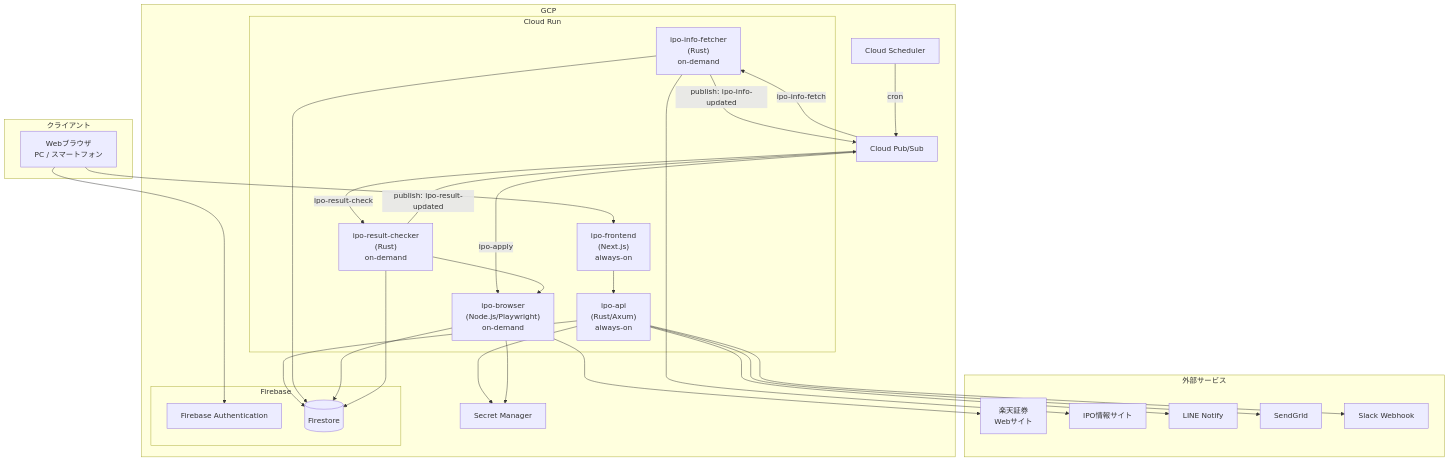
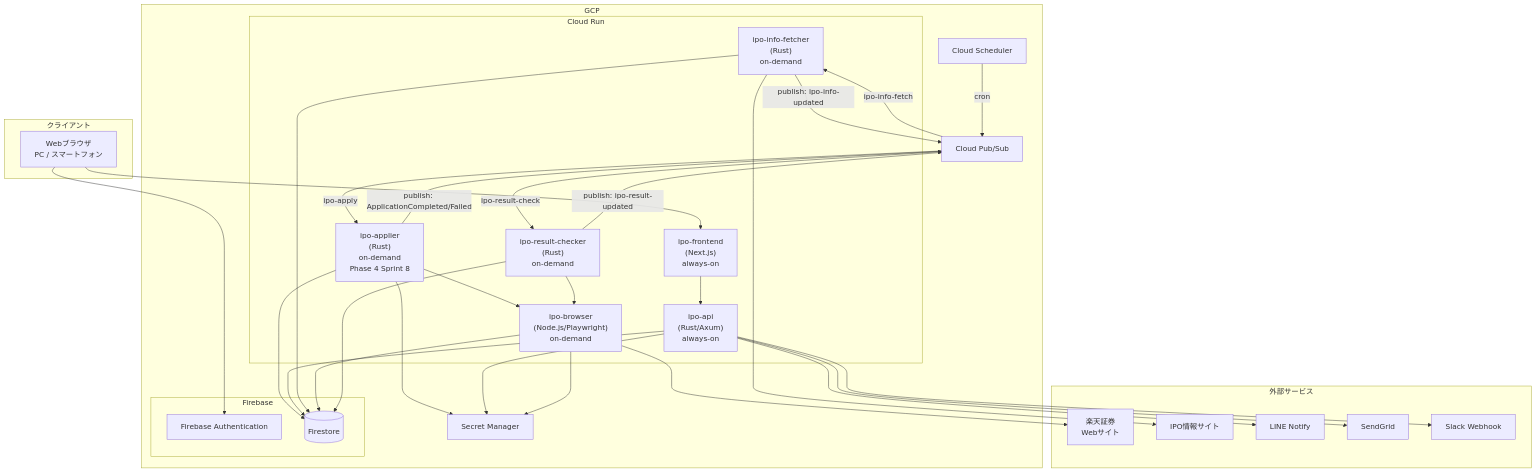
Before and after one commit to lihs-ie/ipotto: the first of 9 diagrams in docs/02-system-design/system-design.md, drawn with Mermaid. The commit also changed other lines of this file and 21 other files, not shown here.

````diff
--- a/docs/02-system-design/system-design.md
+++ b/docs/02-system-design/system-design.md
@@ -42,60 +42,66 @@
 ```mermaid
 graph TB
     subgraph クライアント
         Browser[Webブラウザ<br>PC / スマートフォン]
     end
 
     subgraph GCP
         subgraph Cloud Run
             Frontend["ipo-frontend<br>(Next.js)<br>always-on"]
             API["ipo-api<br>(Rust/Axum)<br>always-on"]
             BrowserService["ipo-browser<br>(Node.js/Playwright)<br>on-demand"]
             InfoFetcher["ipo-info-fetcher<br>(Rust)<br>on-demand"]
             ResultChecker["ipo-result-checker<br>(Rust)<br>on-demand"]
+            Applier["ipo-applier<br>(Rust)<br>on-demand<br>Phase 4 Sprint 8"]
         end
 
         Scheduler[Cloud Scheduler]
         PubSub[Cloud Pub/Sub]
         SecretManager[Secret Manager]
 
         subgraph Firebase
             FireAuth[Firebase Authentication]
             Firestore[(Firestore)]
         end
     end
 
     subgraph 外部サービス
         SecuritiesSite[楽天証券<br>Webサイト]
         IPOInfoSite[IPO情報サイト]
         LINE[LINE Notify]
         Email[SendGrid]
         Slack[Slack Webhook]
     end
 
     Browser --> Frontend
     Frontend --> API
     Browser --> FireAuth
 
     Scheduler -->|cron| PubSub
     PubSub -->|ipo-info-fetch| InfoFetcher
-    PubSub -->|ipo-apply| BrowserService
+    PubSub -->|ipo-apply| Applier
     PubSub -->|ipo-result-check| ResultChecker
+
+    Applier --> BrowserService
+    Applier --> Firestore
+    Applier --> SecretManager
+    Applier -->|publish: ApplicationCompleted/Failed| PubSub
 
     API --> Firestore
     API --> SecretManager
     API --> LINE
     API --> Email
     API --> Slack
 
     InfoFetcher --> IPOInfoSite
     InfoFetcher --> Firestore
     InfoFetcher -->|publish: ipo-info-updated| PubSub
 
     BrowserService --> SecuritiesSite
     BrowserService --> Firestore
     BrowserService --> SecretManager
 
     ResultChecker --> BrowserService
     ResultChecker --> Firestore
     ResultChecker -->|publish: ipo-result-updated| PubSub
 ```
````
